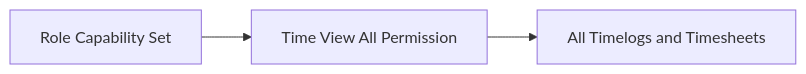
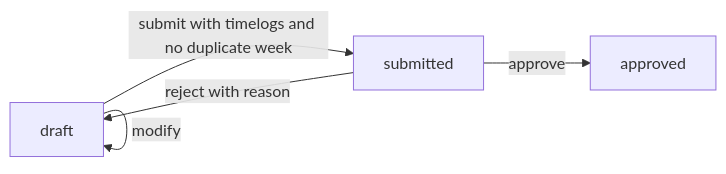
Before and after one commit to wrtnlabs/autobe-examples: diagram 17 of 19 in openai/gpt-5.4-mini/erp/docs/analysis/02-domain-model.md, drawn with Mermaid. The commit also changed other lines of this file and 9017 other files, not shown here.

````diff
--- a/openai/gpt-5.4-mini/erp/docs/analysis/02-domain-model.md
+++ b/openai/gpt-5.4-mini/erp/docs/analysis/02-domain-model.md
@@ -331,5 +781,7 @@
 ```mermaid
 flowchart LR
-    A["Time View All Permission"] --> B["All Timelogs and Timesheets"]
-    C["Role Capability Set"] --> A
+    A["draft"] -->|"submit with timelogs and no duplicate week"| B["submitted"]
+    B -->|"approve"| C["approved"]
+    B -->|"reject with reason"| A
+    A -->|"modify"| A
 ```
````
